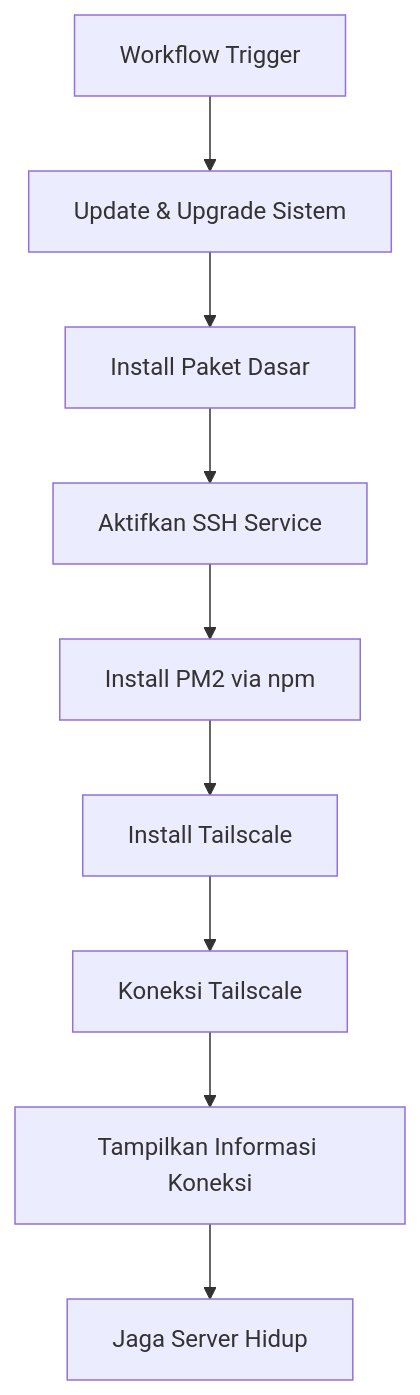
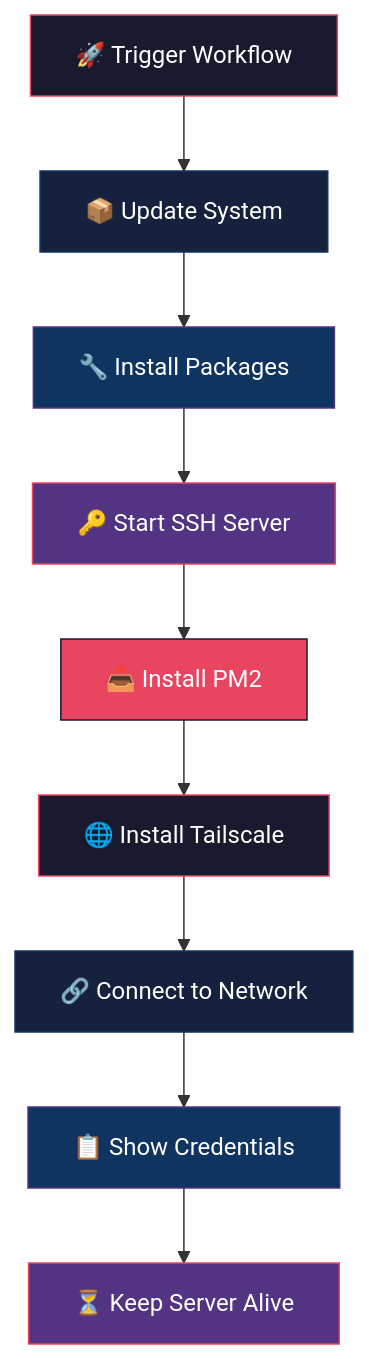
The diagram in README.md (V4NNThrift/ngonto15), drawn with Mermaid before and after one commit. The commit also changed other lines of this file, not shown here.

Commit message:
✨ redesign README - modern layout, badges, ASCII art, mermaid flowchart

````diff
--- a/README.md
+++ b/README.md
@@ -161,11 +240,21 @@
 ```mermaid
-graph TD
-    A[Workflow Trigger] --> B[Update & Upgrade Sistem]
-    B --> C[Install Paket Dasar]
-    C --> D[Aktifkan SSH Service]
-    D --> E[Install PM2 via npm]
-    E --> F[Install Tailscale]
-    F --> G[Koneksi Tailscale]
-    G --> H[Tampilkan Informasi Koneksi]
-    H --> I[Jaga Server Hidup]
+flowchart TD
+    A[🚀 Trigger Workflow] --> B[📦 Update System]
+    B --> C[🔧 Install Packages]
+    C --> D[🔑 Start SSH Server]
+    D --> E[📥 Install PM2]
+    E --> F[🌐 Install Tailscale]
+    F --> G[🔗 Connect to Network]
+    G --> H[📋 Show Credentials]
+    H --> I[⏳ Keep Server Alive]
+    
+    style A fill:#1a1a2e,stroke:#e94560,color:#fff
+    style B fill:#16213e,stroke:#0f3460,color:#fff
+    style C fill:#0f3460,stroke:#533483,color:#fff
+    style D fill:#533483,stroke:#e94560,color:#fff
+    style E fill:#e94560,stroke:#1a1a2e,color:#fff
+    style F fill:#1a1a2e,stroke:#e94560,color:#fff
+    style G fill:#16213e,stroke:#0f3460,color:#fff
+    style H fill:#0f3460,stroke:#533483,color:#fff
+    style I fill:#533483,stroke:#e94560,color:#fff
 ```
````
